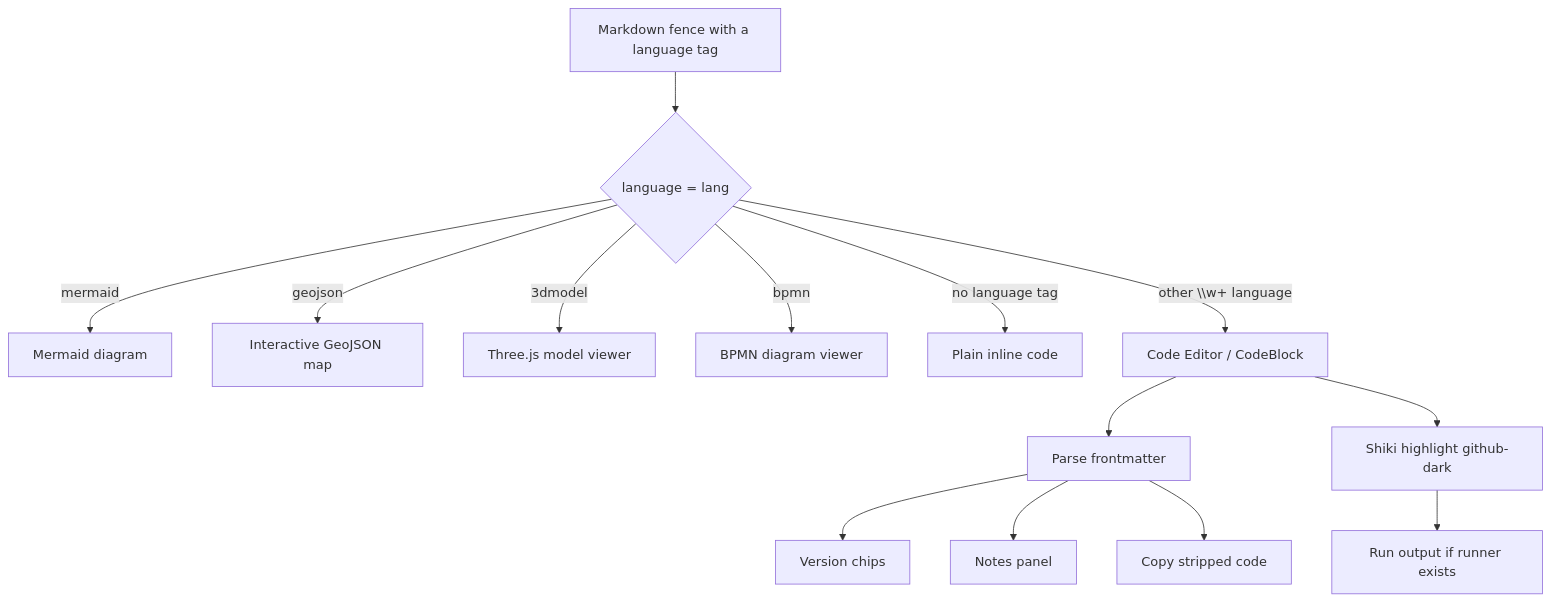
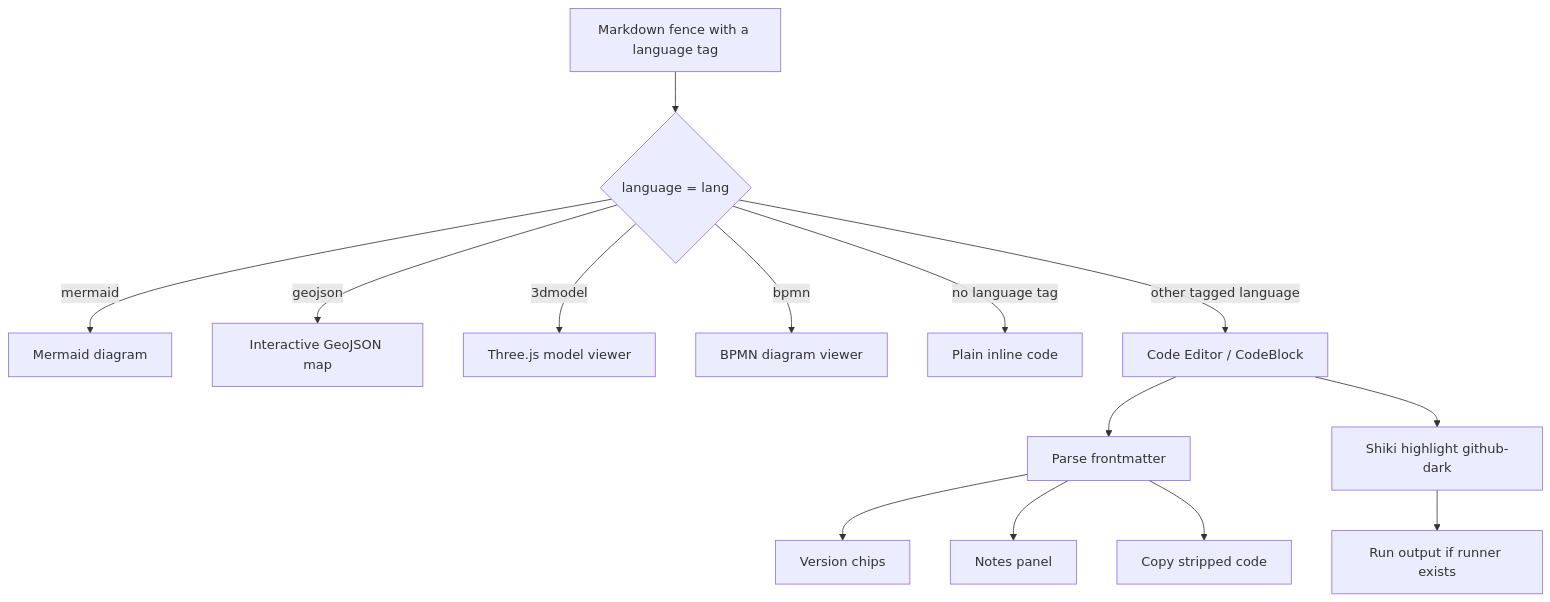
One commit to Lewiscowles1986/note-taking-app changed the first of 2 diagrams in docs/code-editor.md. Above: the diagram before and after it, drawn with Mermaid. The commit also changed 1 other file, not shown here.

Commit message:
docs: fix mermaid diagram parsing in reference docs
Edge labels in the viewer-route and frontmatter-parse flowcharts used
Markdown link syntax and special characters that Mermaid cannot parse,
so the diagrams failed to render on GitHub. Replace them with plain-text
labels. Verified all three diagrams parse with mermaid.parse (jsdom).

````diff
--- a/docs/code-editor.md
+++ b/docs/code-editor.md
@@ -263,16 +263,16 @@
 ```mermaid
 flowchart TD
     A[Markdown fence with a language tag] --> B{language = lang}
     B -- mermaid --> C[Mermaid diagram]
     B -- geojson --> D[Interactive GeoJSON map]
     B -- 3dmodel --> E[Three.js model viewer]
     B -- bpmn --> F[BPMN diagram viewer]
     B -- no language tag --> G[Plain inline code]
-    B -- other \\w+ language --> H[Code Editor / CodeBlock]
+    B -- other tagged language --> H[Code Editor / CodeBlock]
     H --> H1[Parse frontmatter]
     H --> H2[Shiki highlight github-dark]
     H1 --> H1a[Version chips]
     H1 --> H1b[Notes panel]
     H1 --> H1c[Copy stripped code]
     H2 --> H2a[Run output if runner exists]
 ```
````
